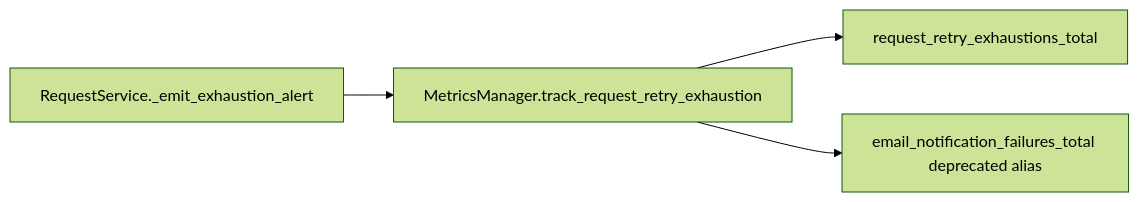
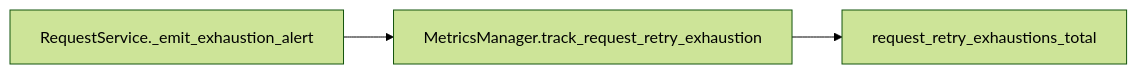
The diagram in doc/dev/metric_rename_migration.md (koctep/pypost), drawn with Mermaid (forest theme) before and after one commit. The commit also changed other lines of this file and 23 other files, not shown here.

````diff
--- a/doc/dev/metric_rename_migration.md
+++ b/doc/dev/metric_rename_migration.md
@@ -22,10 +25,8 @@
 ```mermaid
 flowchart LR
   RS[RequestService._emit_exhaustion_alert]
   MM[MetricsManager.track_request_retry_exhaustion]
   CAN[request_retry_exhaustions_total]
-  LEG[email_notification_failures_total deprecated alias]
   RS --> MM
   MM --> CAN
-  MM --> LEG
 ```
````
